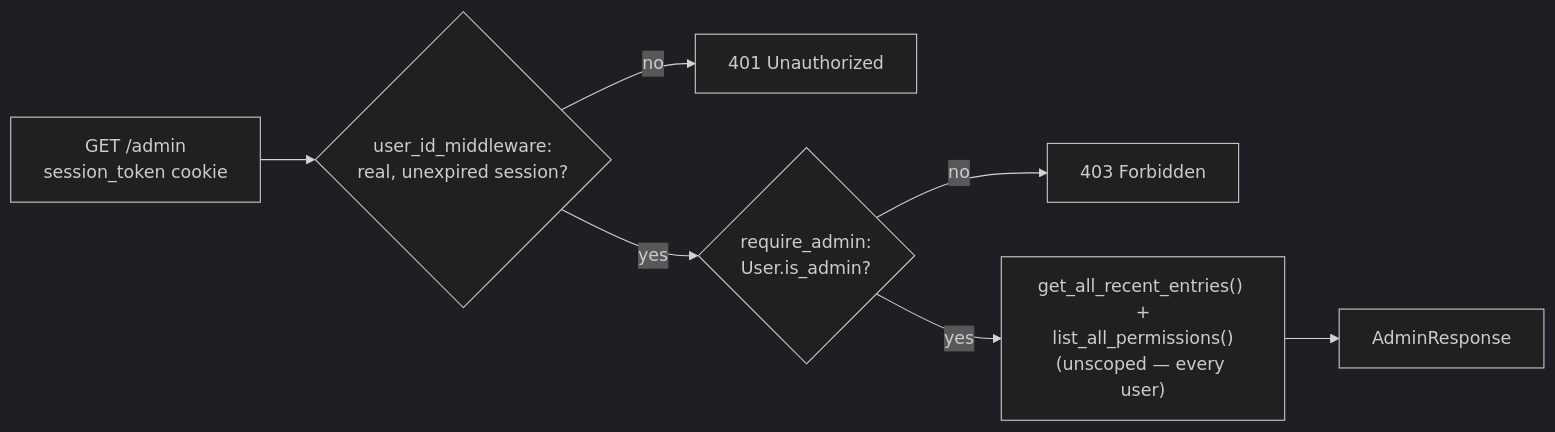
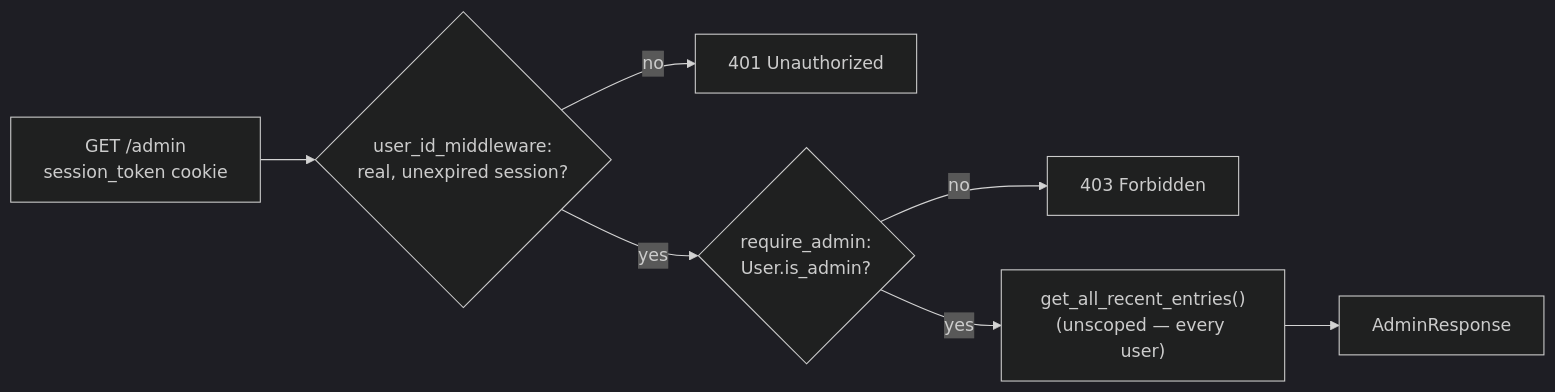
One commit to NavdeepTU/genai_projects changed diagram 23 of 35 in knowledge-brain/docs/INTERVIEW_PREP.md. Above: the diagram before and after it, drawn with Mermaid (dark theme). The commit also changed other lines of this file and 55 other files, not shown here.

````diff
--- a/knowledge-brain/docs/INTERVIEW_PREP.md
+++ b/knowledge-brain/docs/INTERVIEW_PREP.md
@@ -2242,9 +2243,9 @@
 ```mermaid
 flowchart LR
     REQ["GET /admin<br/>session_token cookie"] --> AUTH{"user_id_middleware:<br/>real, unexpired session?"}
     AUTH -->|no| REJECT401["401 Unauthorized"]
     AUTH -->|yes| GATE{"require_admin:<br/>User.is_admin?"}
     GATE -->|no| REJECT["403 Forbidden"]
-    GATE -->|yes| SVC["get_all_recent_entries() +<br/>list_all_permissions()<br/>(unscoped — every user)"]
+    GATE -->|yes| SVC["get_all_recent_entries()<br/>(unscoped — every user)"]
     SVC --> RESP["AdminResponse"]
 ```
````
